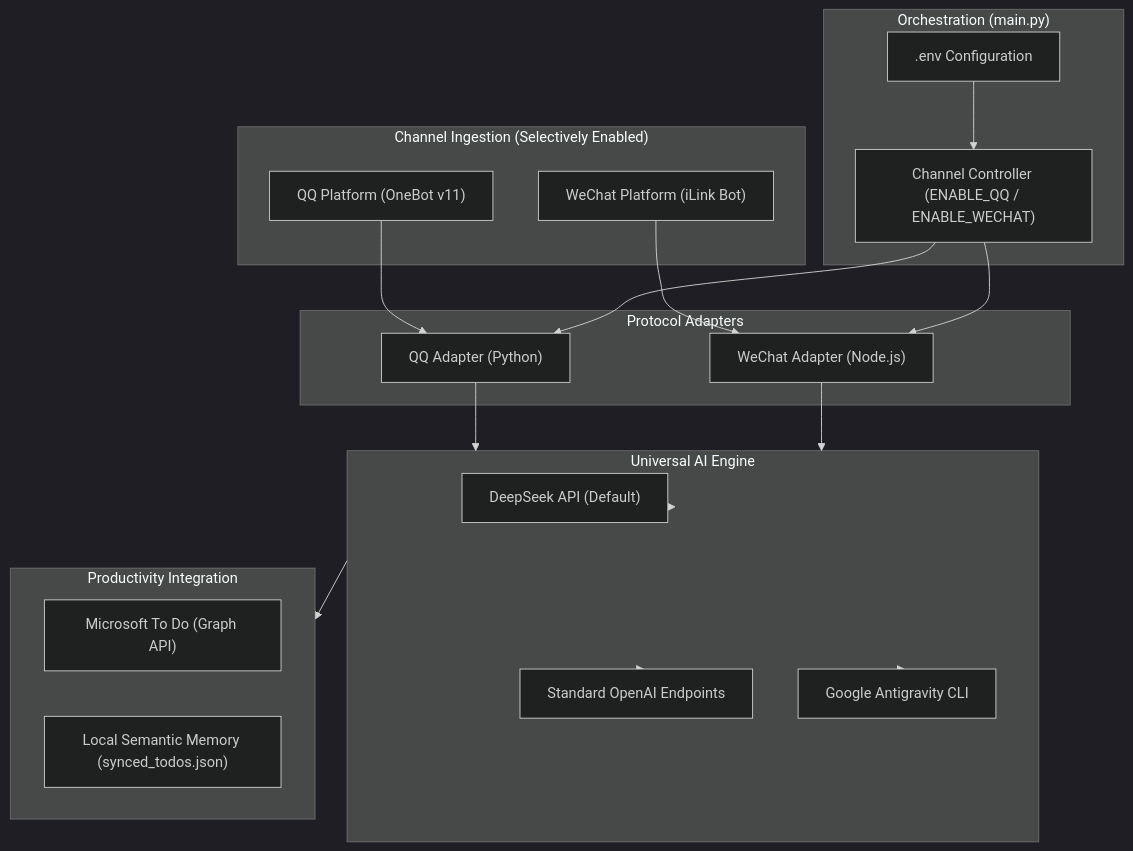
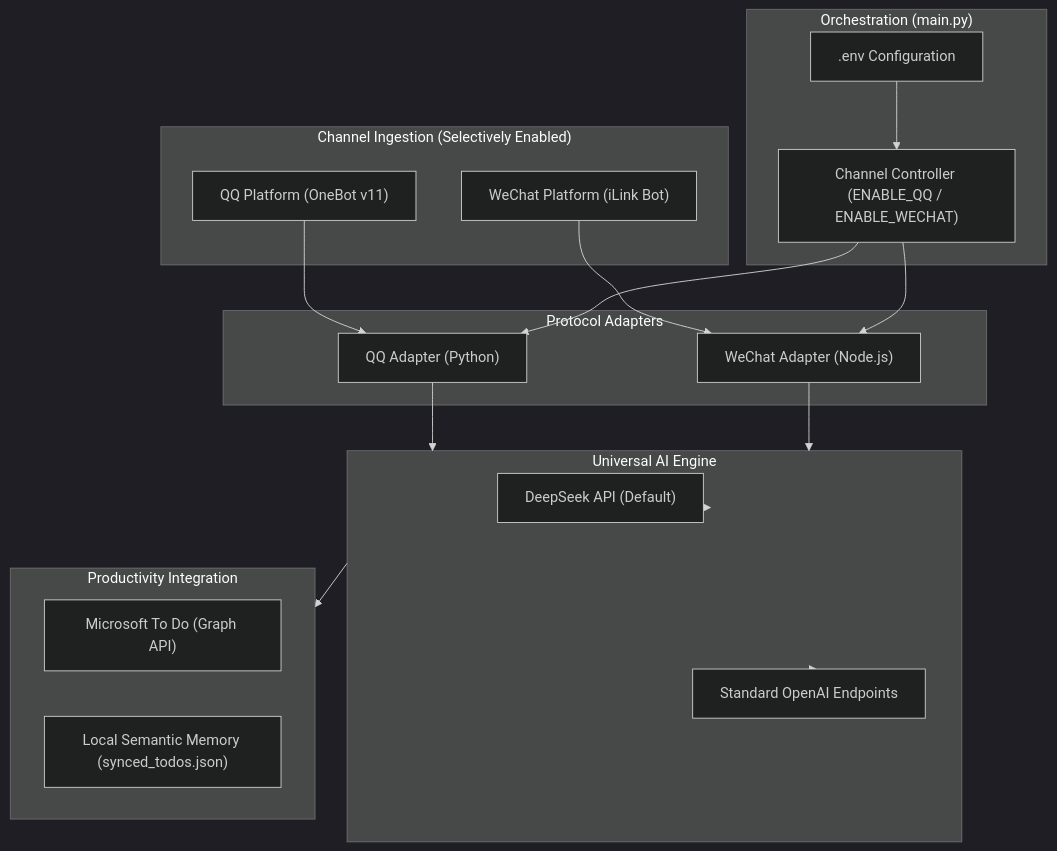
The diagram in README.md (waaogg/omni-assistant), drawn with Mermaid (dark theme) before and after one commit. The commit also changed other lines of this file and 16 other files, not shown here.

````diff
--- a/README.md
+++ b/README.md
@@ -50,40 +51,38 @@
 ```mermaid
 flowchart TD
     subgraph Channels ["Channel Ingestion (Selectively Enabled)"]
         QQ["QQ Platform (OneBot v11)"]
         WX["WeChat Platform (iLink Bot)"]
     end
 
     subgraph Adapters ["Protocol Adapters"]
         QA["QQ Adapter (Python)"]
         WA["WeChat Adapter (Node.js)"]
     end
 
     subgraph Orchestrator ["Orchestration (main.py)"]
         CFG[".env Configuration"]
         SW["Channel Controller (ENABLE_QQ / ENABLE_WECHAT)"]
     end
 
     subgraph Core_AI ["Universal AI Engine"]
         DS["DeepSeek API (Default)"]
         OAI["Standard OpenAI Endpoints"]
-        AGY["Google Antigravity CLI"]
     end
 
     subgraph Productivity ["Productivity Integration"]
         TODO["Microsoft To Do (Graph API)"]
         MEM["Local Semantic Memory (synced_todos.json)"]
     end
 
     QQ --> QA
     WX --> WA
     CFG --> SW
     SW --> QA
     SW --> WA
     QA --> Core_AI
     WA --> Core_AI
     Core_AI --> DS
     Core_AI --> OAI
-    Core_AI --> AGY
     Core_AI --> Productivity
 ```
````
